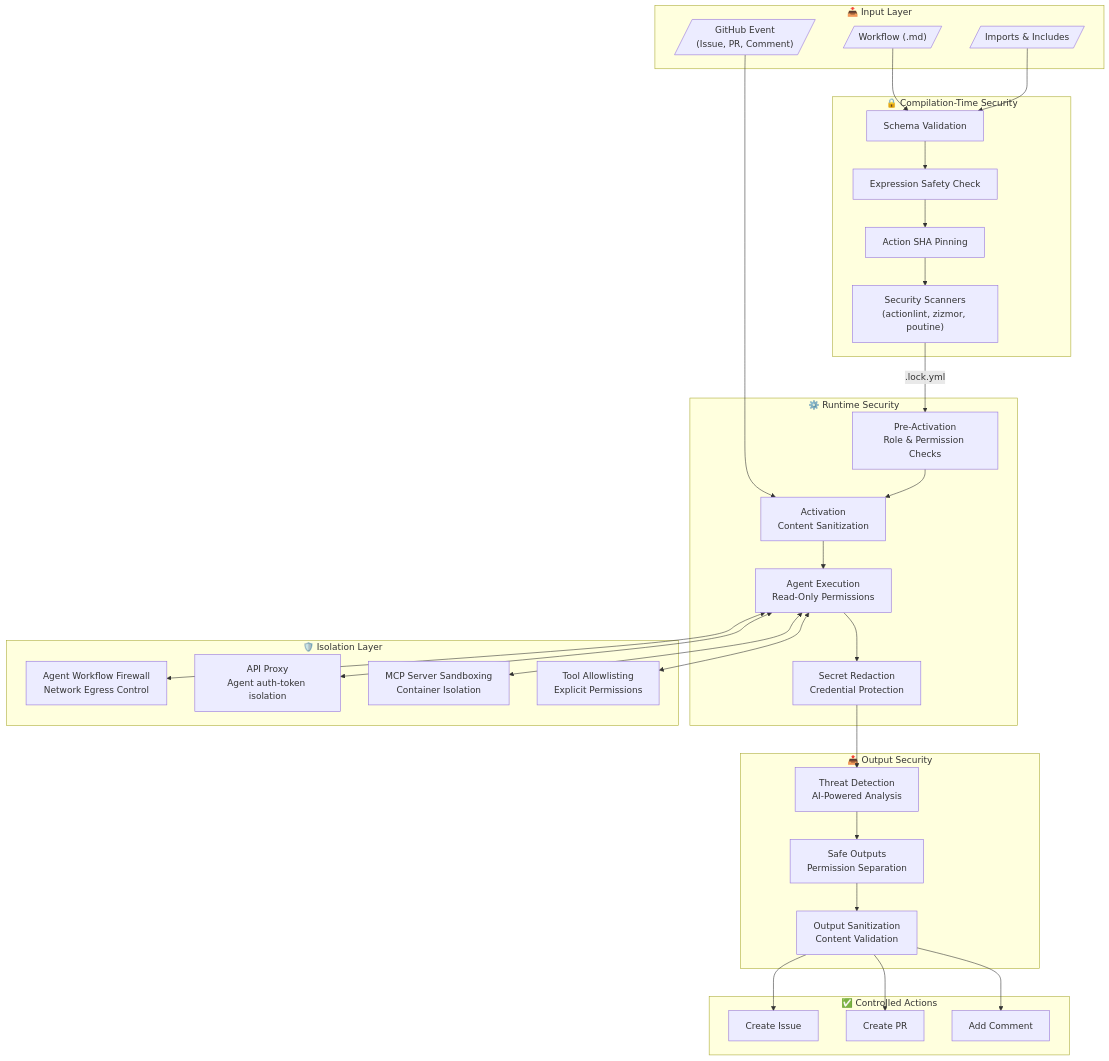
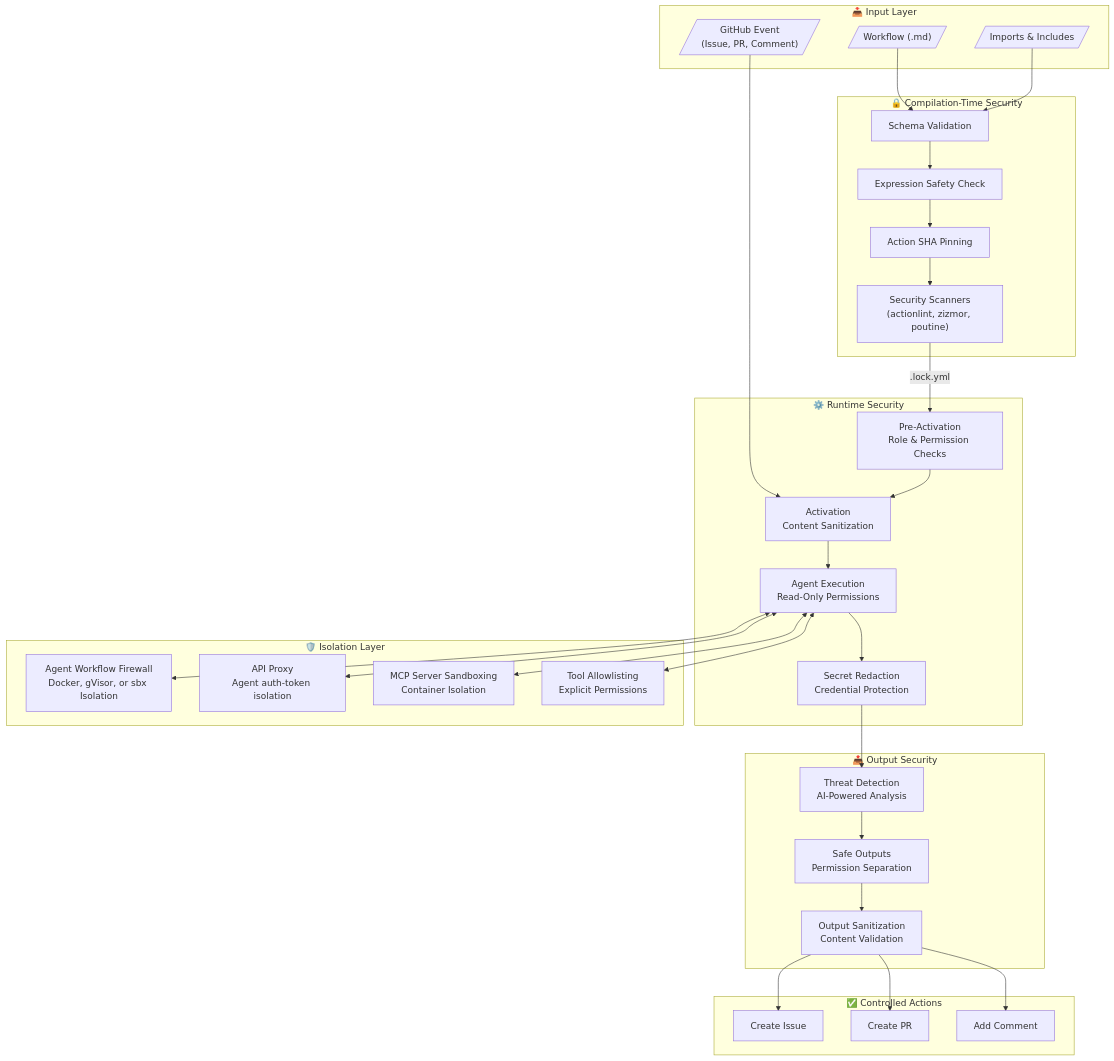
One commit to githubnext/gh-aw changed the first of 11 diagrams in docs/src/content/docs/introduction/architecture.mdx. Above: the diagram before and after it, drawn with Mermaid. The commit also changed other lines of this file, not shown here.

Commit message:
docs: document runner and sandbox architecture

````diff
--- a/docs/src/content/docs/introduction/architecture.mdx
+++ b/docs/src/content/docs/introduction/architecture.mdx
@@ -59,66 +63,66 @@
 ```mermaid
 flowchart TB
     subgraph Input["📥 Input Layer"]
         WF[/"Workflow (.md)"/]
         IMPORTS[/"Imports & Includes"/]
         EVENT[/"GitHub Event<br/>(Issue, PR, Comment)"/]
     end
 
     subgraph Compile["🔒 Compilation-Time Security"]
         SCHEMA["Schema Validation"]
         EXPR["Expression Safety Check"]
         PIN["Action SHA Pinning"]
         SCAN["Security Scanners<br/>(actionlint, zizmor, poutine)"]
     end
 
     subgraph Runtime["⚙️ Runtime Security"]
         PRE["Pre-Activation<br/>Role & Permission Checks"]
         ACT["Activation<br/>Content Sanitization"]
         AGENT["Agent Execution<br/>Read-Only Permissions"]
         REDACT_MAIN["Secret Redaction<br/>Credential Protection"]
     end
 
     subgraph Isolation["🛡️ Isolation Layer"]
-        AWF["Agent Workflow Firewall<br/>Network Egress Control"]
+        AWF["Agent Workflow Firewall<br/>Docker, gVisor, or sbx Isolation"]
         PROXY["API Proxy<br/>Agent auth-token isolation"]
         MCP["MCP Server Sandboxing<br/>Container Isolation"]
         TOOL["Tool Allowlisting<br/>Explicit Permissions"]
     end
 
     subgraph Output["📤 Output Security"]
         DETECT["Threat Detection<br/>AI-Powered Analysis"]
         SAFE["Safe Outputs<br/>Permission Separation"]
         SANITIZE["Output Sanitization<br/>Content Validation"]
     end
 
     subgraph Result["✅ Controlled Actions"]
         ISSUE["Create Issue"]
         PR["Create PR"]
         COMMENT["Add Comment"]
     end
 
     WF --> SCHEMA
     IMPORTS --> SCHEMA
     SCHEMA --> EXPR
     EXPR --> PIN
     PIN --> SCAN
     SCAN -->|".lock.yml"| PRE
 
     EVENT --> ACT
     PRE --> ACT
     ACT --> AGENT
 
     AGENT <--> AWF
     AGENT <--> PROXY
     AGENT <--> MCP
     AGENT <--> TOOL
 
     AGENT --> REDACT_MAIN
     REDACT_MAIN --> DETECT
     DETECT --> SAFE
     SAFE --> SANITIZE
 
     SANITIZE --> ISSUE
     SANITIZE --> PR
     SANITIZE --> COMMENT
 ```
````
